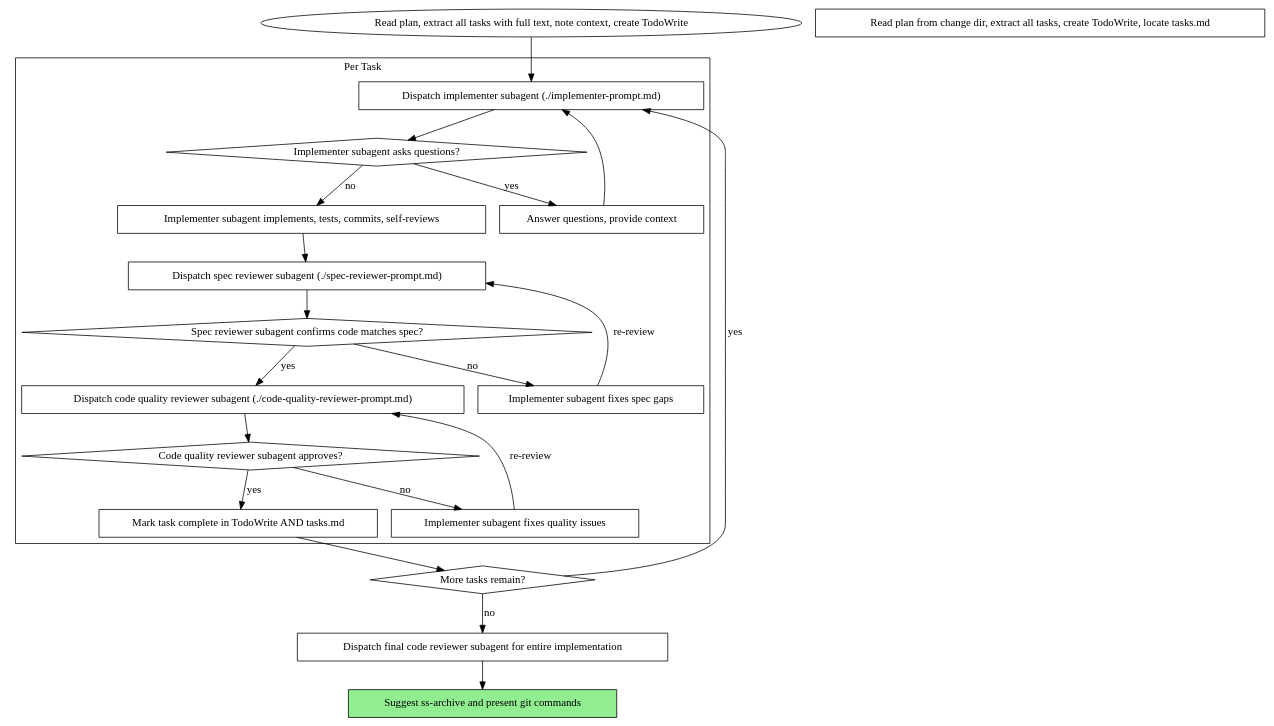
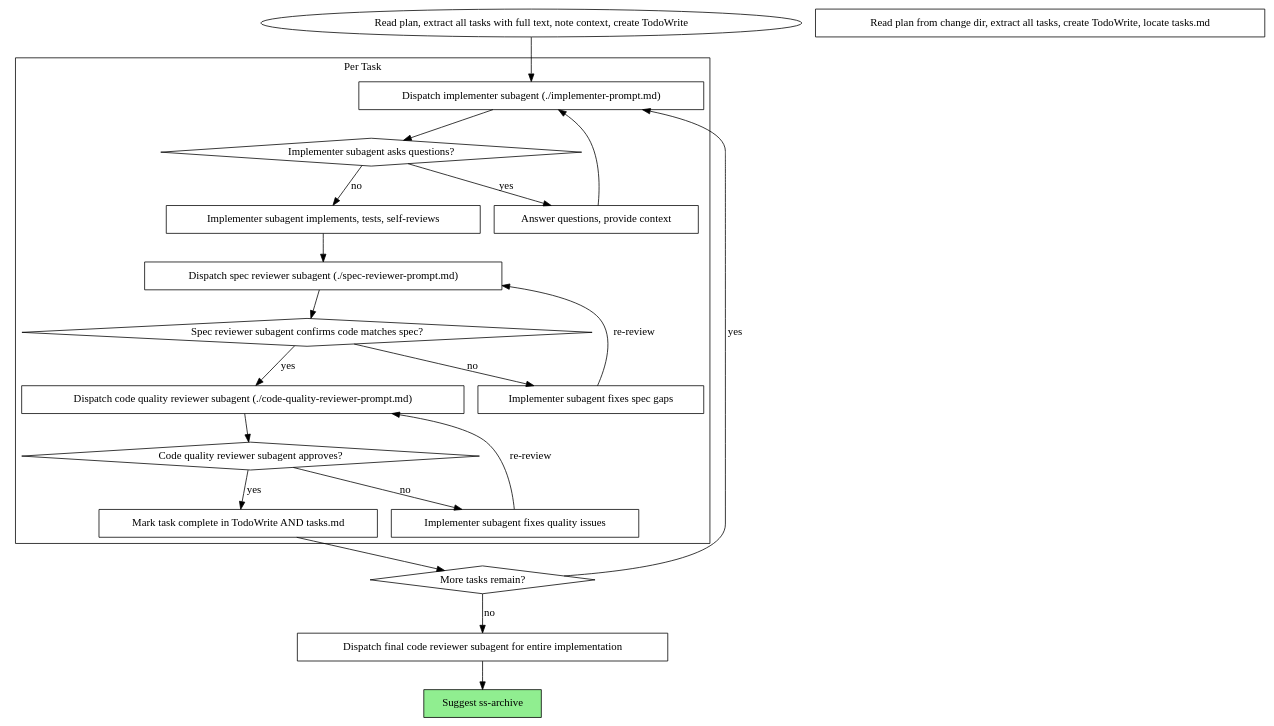
The second of 2 diagrams in skills/ss-subagent-driven-development/SKILL.md (CoyoteLeo/superspec), drawn with Graphviz before and after one commit. The commit also changed other lines of this file and 5 other files, not shown here.

````diff
--- a/skills/ss-subagent-driven-development/SKILL.md
+++ b/skills/ss-subagent-driven-development/SKILL.md
@@ -46,44 +46,44 @@
 ```dot
 digraph process {
     rankdir=TB;
 
     subgraph cluster_per_task {
         label="Per Task";
         "Dispatch implementer subagent (./implementer-prompt.md)" [shape=box];
         "Implementer subagent asks questions?" [shape=diamond];
         "Answer questions, provide context" [shape=box];
-        "Implementer subagent implements, tests, commits, self-reviews" [shape=box];
+        "Implementer subagent implements, tests, self-reviews" [shape=box];
         "Dispatch spec reviewer subagent (./spec-reviewer-prompt.md)" [shape=box];
         "Spec reviewer subagent confirms code matches spec?" [shape=diamond];
         "Implementer subagent fixes spec gaps" [shape=box];
         "Dispatch code quality reviewer subagent (./code-quality-reviewer-prompt.md)" [shape=box];
         "Code quality reviewer subagent approves?" [shape=diamond];
         "Implementer subagent fixes quality issues" [shape=box];
         "Mark task complete in TodoWrite AND tasks.md" [shape=box];
     }
 
     "Read plan from change dir, extract all tasks, create TodoWrite, locate tasks.md" [shape=box];
     "More tasks remain?" [shape=diamond];
     "Dispatch final code reviewer subagent for entire implementation" [shape=box];
-    "Suggest ss-archive and present git commands" [shape=box style=filled fillcolor=lightgreen];
+    "Suggest ss-archive" [shape=box style=filled fillcolor=lightgreen];
 
     "Read plan, extract all tasks with full text, note context, create TodoWrite" -> "Dispatch implementer subagent (./implementer-prompt.md)";
     "Dispatch implementer subagent (./implementer-prompt.md)" -> "Implementer subagent asks questions?";
     "Implementer subagent asks questions?" -> "Answer questions, provide context" [label="yes"];
     "Answer questions, provide context" -> "Dispatch implementer subagent (./implementer-prompt.md)";
-    "Implementer subagent asks questions?" -> "Implementer subagent implements, tests, commits, self-reviews" [label="no"];
-    "Implementer subagent implements, tests, commits, self-reviews" -> "Dispatch spec reviewer subagent (./spec-reviewer-prompt.md)";
+    "Implementer subagent asks questions?" -> "Implementer subagent implements, tests, self-reviews" [label="no"];
+    "Implementer subagent implements, tests, self-reviews" -> "Dispatch spec reviewer subagent (./spec-reviewer-prompt.md)";
     "Dispatch spec reviewer subagent (./spec-reviewer-prompt.md)" -> "Spec reviewer subagent confirms code matches spec?";
     "Spec reviewer subagent confirms code matches spec?" -> "Implementer subagent fixes spec gaps" [label="no"];
     "Implementer subagent fixes spec gaps" -> "Dispatch spec reviewer subagent (./spec-reviewer-prompt.md)" [label="re-review"];
     "Spec reviewer subagent confirms code matches spec?" -> "Dispatch code quality reviewer subagent (./code-quality-reviewer-prompt.md)" [label="yes"];
     "Dispatch code quality reviewer subagent (./code-quality-reviewer-prompt.md)" -> "Code quality reviewer subagent approves?";
     "Code quality reviewer subagent approves?" -> "Implementer subagent fixes quality issues" [label="no"];
     "Implementer subagent fixes quality issues" -> "Dispatch code quality reviewer subagent (./code-quality-reviewer-prompt.md)" [label="re-review"];
     "Code quality reviewer subagent approves?" -> "Mark task complete in TodoWrite AND tasks.md" [label="yes"];
     "Mark task complete in TodoWrite AND tasks.md" -> "More tasks remain?";
     "More tasks remain?" -> "Dispatch implementer subagent (./implementer-prompt.md)" [label="yes"];
     "More tasks remain?" -> "Dispatch final code reviewer subagent for entire implementation" [label="no"];
-    "Dispatch final code reviewer subagent for entire implementation" -> "Suggest ss-archive and present git commands";
+    "Dispatch final code reviewer subagent for entire implementation" -> "Suggest ss-archive";
 }
 ```
````
